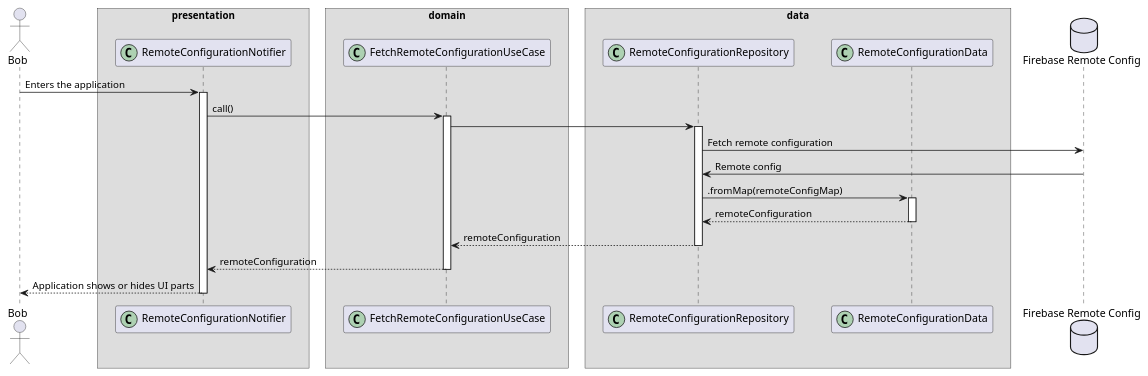
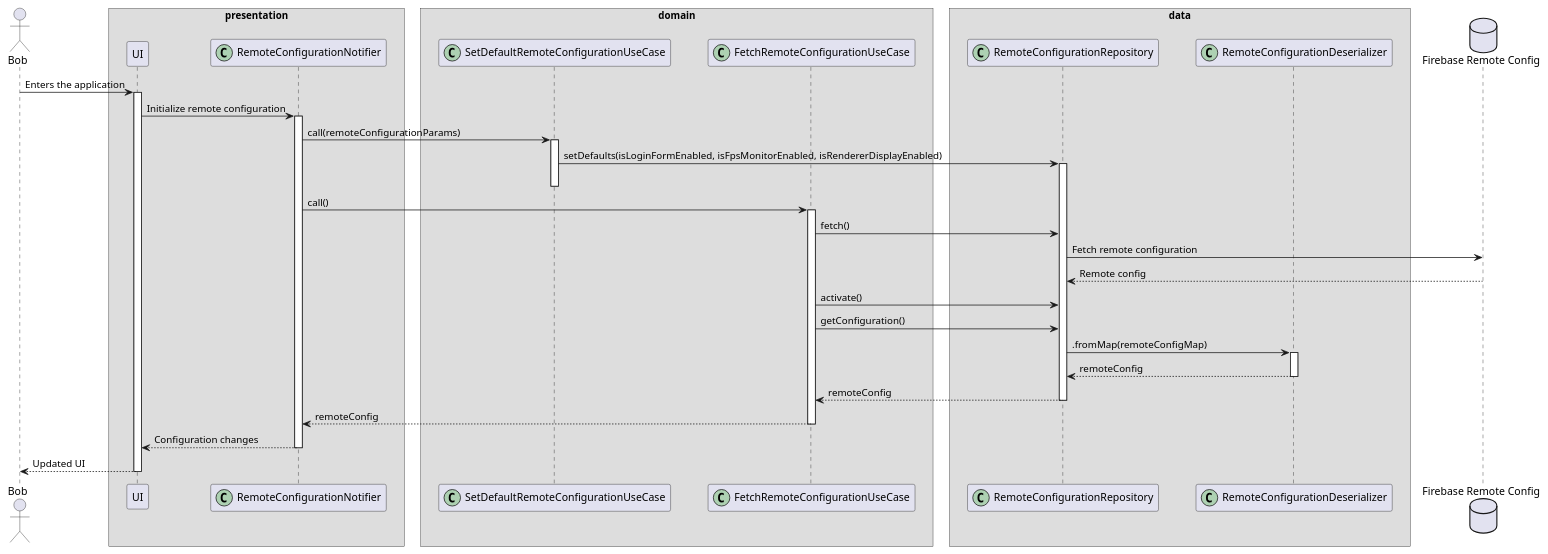
The diagram in metrics/web/docs/features/remote_config/diagrams/remote_config_sequence_diagram.puml (Flank/flank-dashboard), drawn with PlantUML before and after one commit. The commit also changed 3 other files, not shown here.

Commit message:
Add usecases, add params, fix namings, update sequence

```diff
--- a/metrics/web/docs/features/remote_config/diagrams/remote_config_sequence_diagram.puml
+++ b/metrics/web/docs/features/remote_config/diagrams/remote_config_sequence_diagram.puml
@@ -1,49 +1,67 @@
 @startuml remote_config_sequence_diagram
 skinparam ParticipantPadding 20
 skinparam BoxPadding 10
 
 actor Bob
 
 box "presentation"
+participant UI
 participant RemoteConfigurationNotifier << (C,#ADD1B2) >>
 end box
 
 box "domain"
+participant SetDefaultRemoteConfigurationUseCase << (C,#ADD1B2) >>
 participant FetchRemoteConfigurationUseCase << (C,#ADD1B2) >>
 end box
 
 box "data"
 participant RemoteConfigurationRepository << (C,#ADD1B2) >>
-participant RemoteConfigurationData << (C,#ADD1B2) >>
+participant RemoteConfigurationDeserializer << (C,#ADD1B2) >>
 end box
 
 database "Firebase Remote Config" as FRC
 
-Bob -> RemoteConfigurationNotifier : Enters the application
+Bob -> UI : Enters the application
+activate UI
+
+UI -> RemoteConfigurationNotifier : Initialize remote configuration
 activate RemoteConfigurationNotifier
+
+RemoteConfigurationNotifier -> SetDefaultRemoteConfigurationUseCase : call(remoteConfigurationParams)
+activate SetDefaultRemoteConfigurationUseCase
+
+SetDefaultRemoteConfigurationUseCase -> RemoteConfigurationRepository : setDefaults(isLoginFormEnabled, isFpsMonitorEnabled, isRendererDisplayEnabled)
+activate RemoteConfigurationRepository
+deactivate SetDefaultRemoteConfigurationUseCase
 
 RemoteConfigurationNotifier -> FetchRemoteConfigurationUseCase : call()
 activate FetchRemoteConfigurationUseCase
 
-FetchRemoteConfigurationUseCase -> RemoteConfigurationRepository
-activate RemoteConfigurationRepository
+FetchRemoteConfigurationUseCase -> RemoteConfigurationRepository : fetch()
 
 RemoteConfigurationRepository -> FRC : Fetch remote configuration
 
-FRC -> RemoteConfigurationRepository : Remote config
+FRC --> RemoteConfigurationRepository : Remote config
 
-RemoteConfigurationRepository -> RemoteConfigurationData : .fromMap(remoteConfigMap)
-activate RemoteConfigurationData
+FetchRemoteConfigurationUseCase -> RemoteConfigurationRepository : activate()
+FetchRemoteConfigurationUseCase -> RemoteConfigurationRepository : getConfiguration()
 
-return remoteConfiguration
-return remoteConfiguration
-return remoteConfiguration
+RemoteConfigurationRepository -> RemoteConfigurationDeserializer : .fromMap(remoteConfigMap)
+activate RemoteConfigurationDeserializer
 
+RemoteConfigurationDeserializer --> RemoteConfigurationRepository : remoteConfig
+deactivate RemoteConfigurationDeserializer
 
-return Application shows or hides UI parts
-
-
-
+RemoteConfigurationRepository --> FetchRemoteConfigurationUseCase : remoteConfig
 deactivate RemoteConfigurationRepository
 
+FetchRemoteConfigurationUseCase --> RemoteConfigurationNotifier : remoteConfig
+deactivate FetchRemoteConfigurationUseCase
+
+RemoteConfigurationNotifier --> UI : Configuration changes
+deactivate RemoteConfigurationNotifier
+
+UI --> Bob : Updated UI
+deactivate UI
+
 @enduml
```
